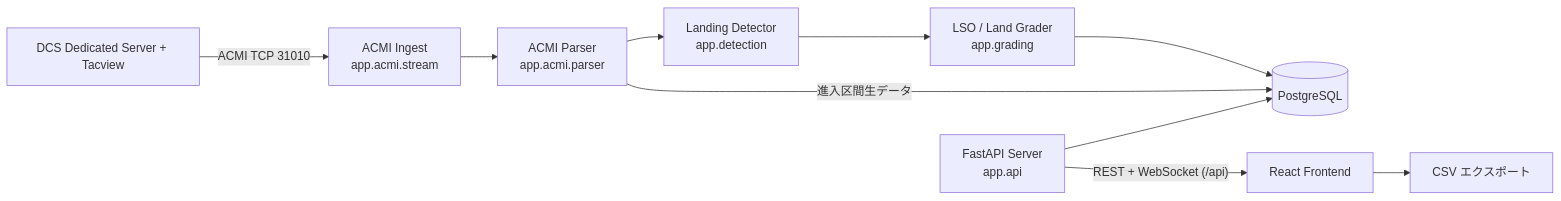
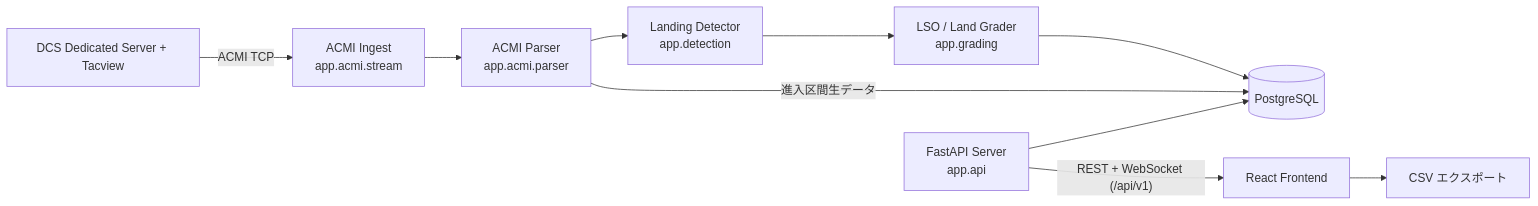
The diagram in docs/architecture.md (5kdn/DCSLandingTeacher), drawn with Mermaid before and after one commit. The commit also changed other lines of this file and 7 other files, not shown here.

````diff
--- a/docs/architecture.md
+++ b/docs/architecture.md
@@ -8,12 +7,12 @@
 ```mermaid
 flowchart LR
-    DCS[DCS Dedicated Server + Tacview] -- "ACMI TCP 31010" --> ING[ACMI Ingest<br/>app.acmi.stream]
+    DCS[DCS Dedicated Server + Tacview] -- "ACMI TCP" --> ING[ACMI Ingest<br/>app.acmi.stream]
     ING --> PARSER[ACMI Parser<br/>app.acmi.parser]
     PARSER --> DETECTOR[Landing Detector<br/>app.detection]
     DETECTOR --> GRADER[LSO / Land Grader<br/>app.grading]
     GRADER --> DB[(PostgreSQL)]
     PARSER -- 進入区間生データ --> DB
     API[FastAPI Server<br/>app.api] --> DB
-    API -- "REST + WebSocket (/api)" --> UI[React Frontend]
+    API -- "REST + WebSocket (/api/v1)" --> UI[React Frontend]
     UI --> SHEET[CSV エクスポート]
 ```
````
